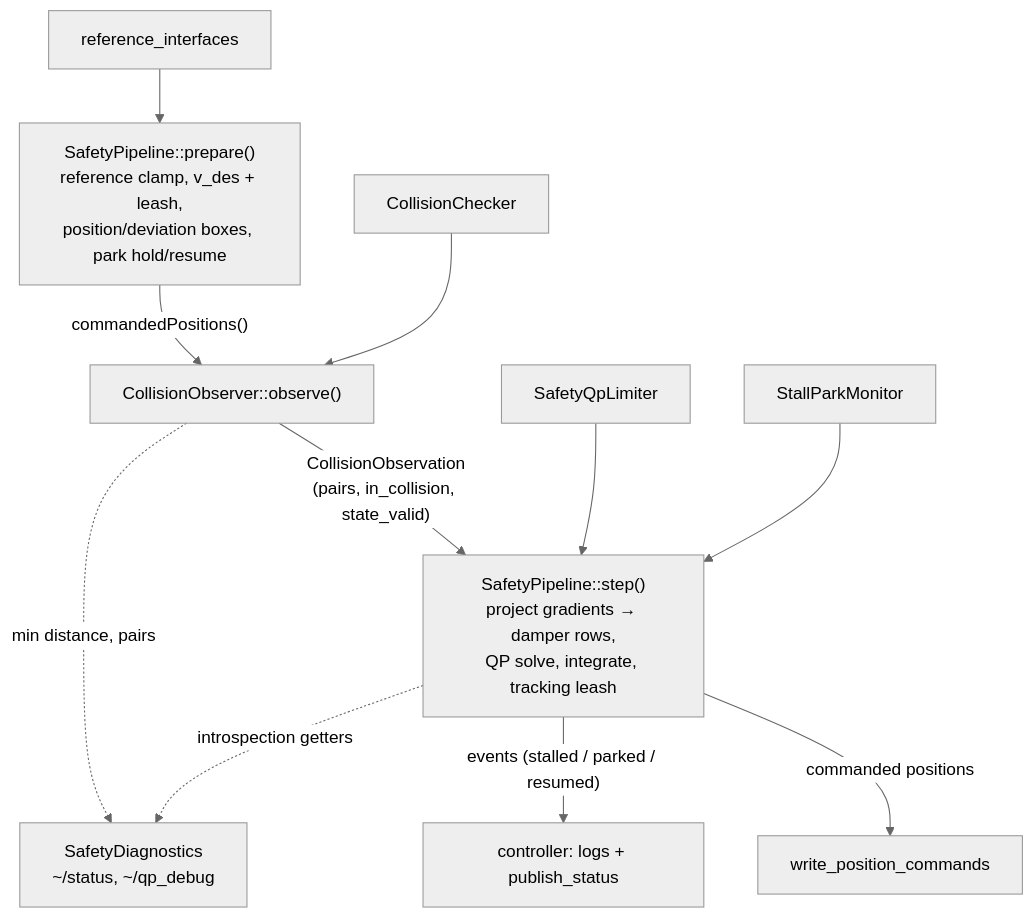
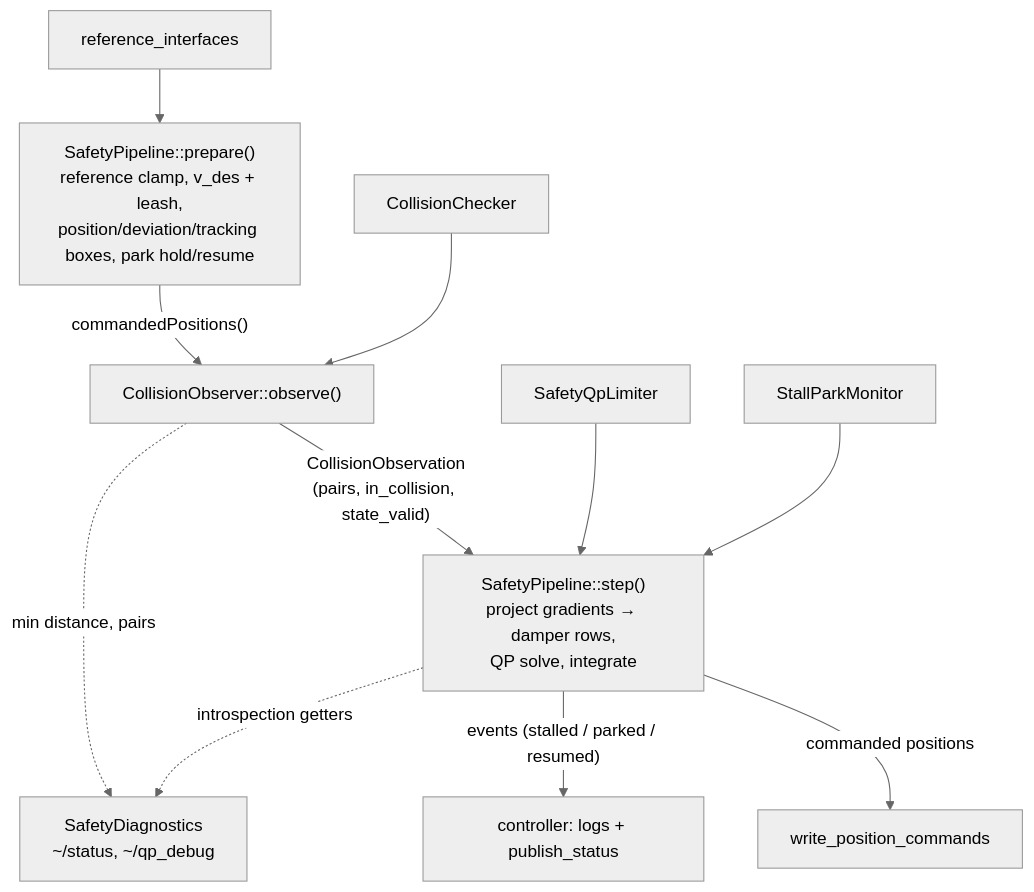
The diagram in hector_ros_controllers/src/safety_position_controller/README.md (tu-darmstadt-ros-pkg/hector_ros_controllers), drawn with Mermaid (neutral theme) before and after one commit. The commit also changed other lines of this file and 6 other files, not shown here.

````diff
--- a/hector_ros_controllers/src/safety_position_controller/README.md
+++ b/hector_ros_controllers/src/safety_position_controller/README.md
@@ -30,13 +30,13 @@
 ```mermaid
 flowchart TB
-    REF[reference_interfaces] --> P1["SafetyPipeline::prepare()<br/>reference clamp, v_des + leash,<br/>position/deviation boxes, park hold/resume"]
+    REF[reference_interfaces] --> P1["SafetyPipeline::prepare()<br/>reference clamp, v_des + leash,<br/>position/deviation/tracking boxes, park hold/resume"]
     P1 -->|"commandedPositions()"| OBS["CollisionObserver::observe()"]
     CC[CollisionChecker] --> OBS
-    OBS -->|"CollisionObservation<br/>(pairs, in_collision, state_valid)"| P2["SafetyPipeline::step()<br/>project gradients → damper rows,<br/>QP solve, integrate, tracking leash"]
+    OBS -->|"CollisionObservation<br/>(pairs, in_collision, state_valid)"| P2["SafetyPipeline::step()<br/>project gradients → damper rows,<br/>QP solve, integrate"]
     QP[SafetyQpLimiter] --> P2
     SPM[StallParkMonitor] --> P2
     P2 -->|commanded positions| W[write_position_commands]
     P2 -->|"events (stalled / parked / resumed)"| CTRL["controller: logs + publish_status"]
     P2 -.->|introspection getters| DIAG["SafetyDiagnostics<br/>~/status, ~/qp_debug"]
     OBS -.->|min distance, pairs| DIAG
 ```
````
